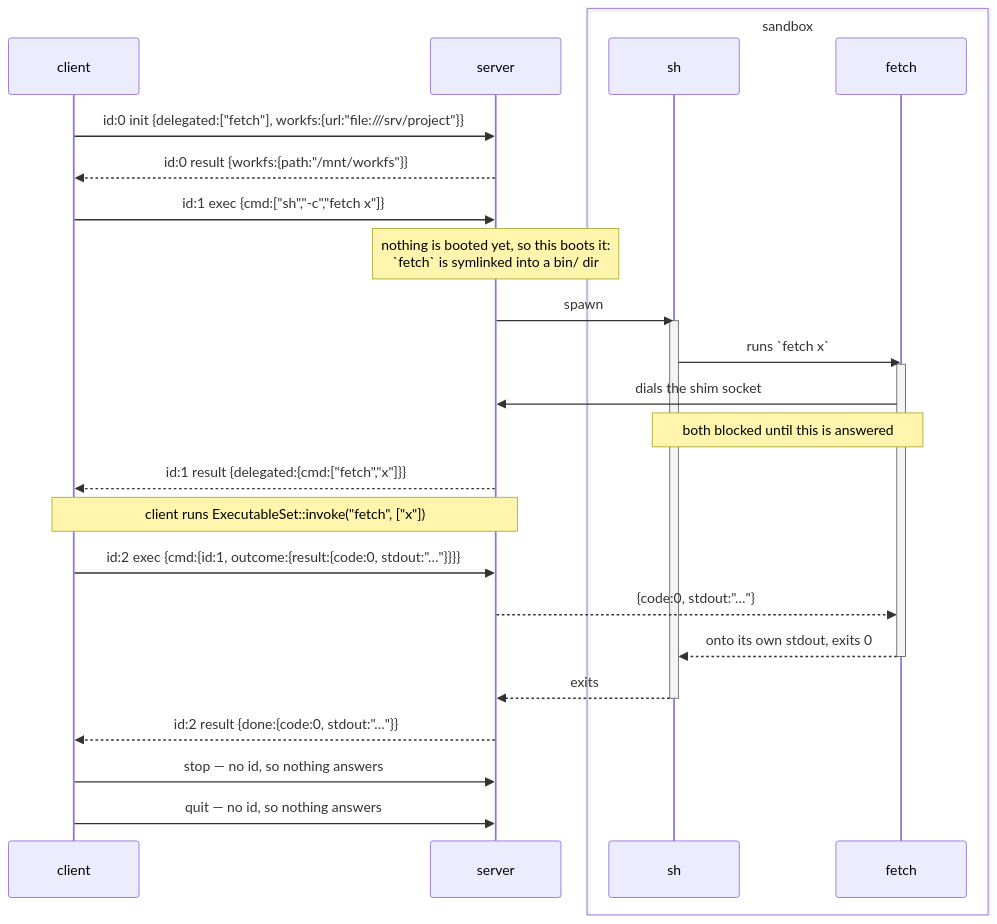
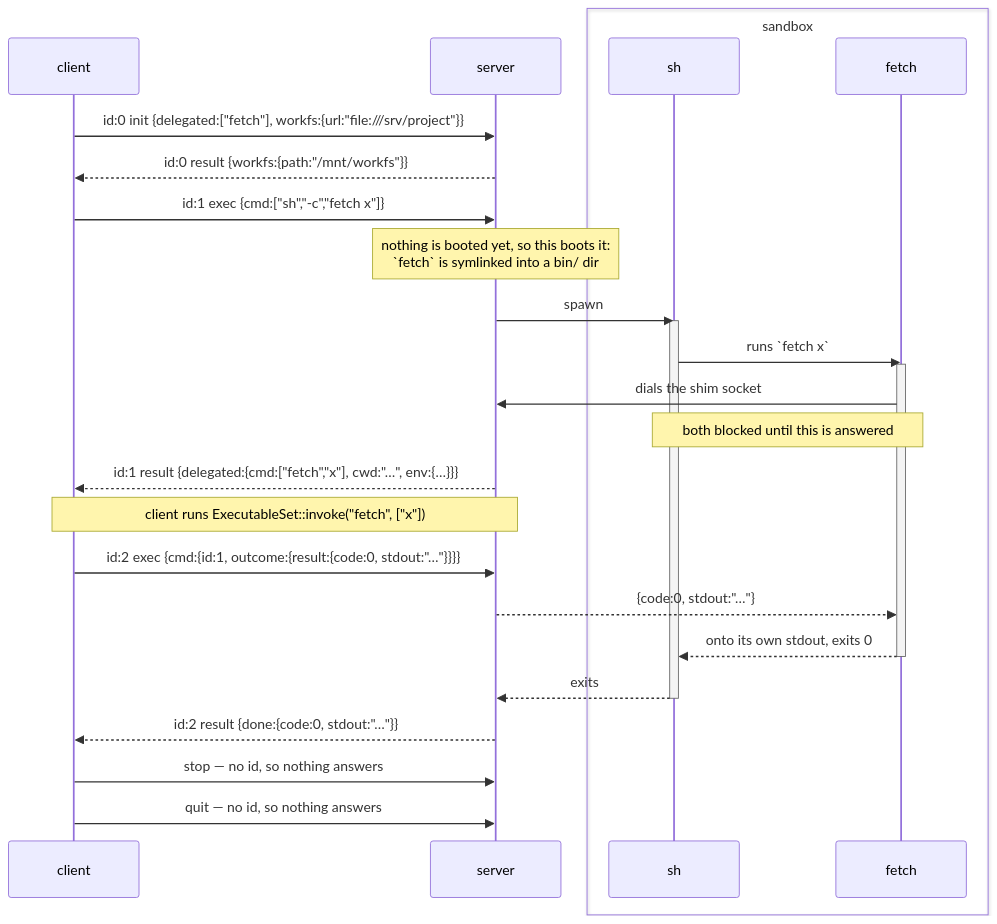
Before and after one commit to brekkylab/cortex: the first of 2 diagrams in cortex/src/console/ARCHITECTURE.md, drawn with Mermaid. The commit also changed other lines of this file and 9 other files, not shown here.

````diff
--- a/cortex/src/console/ARCHITECTURE.md
+++ b/cortex/src/console/ARCHITECTURE.md
@@ -538,33 +558,33 @@
 ```mermaid
 sequenceDiagram
     participant client
     participant server
     box transparent sandbox
         participant sh
         participant shim as fetch
     end
 
     client->>server: id:0 init {delegated:["fetch"], workfs:{url:"file:///srv/project"}}
     server-->>client: id:0 result {workfs:{path:"/mnt/workfs"}}
 
     client->>server: id:1 exec {cmd:["sh","-c","fetch x"]}
     Note over server: nothing is booted yet, so this boots it:<br/>`fetch` is symlinked into a bin/ dir
     server->>sh: spawn
     activate sh
     sh->>shim: runs `fetch x`
     activate shim
     shim->>server: dials the shim socket
     Note over sh,shim: both blocked until this is answered
-    server-->>client: id:1 result {delegated:{cmd:["fetch","x"]}}
+    server-->>client: id:1 result {delegated:{cmd:["fetch","x"], cwd:"…", env:{…}}}
     Note over client,server: client runs ExecutableSet::invoke("fetch", ["x"])
     client->>server: id:2 exec {cmd:{id:1, outcome:{result:{code:0, stdout:"…"}}}}
     server-->>shim: {code:0, stdout:"…"}
     shim-->>sh: onto its own stdout, exits 0
     deactivate shim
     sh-->>server: exits
     deactivate sh
     server-->>client: id:2 result {done:{code:0, stdout:"…"}}
 
     client->>server: stop — no id, so nothing answers
     client->>server: quit — no id, so nothing answers
 ```
````
